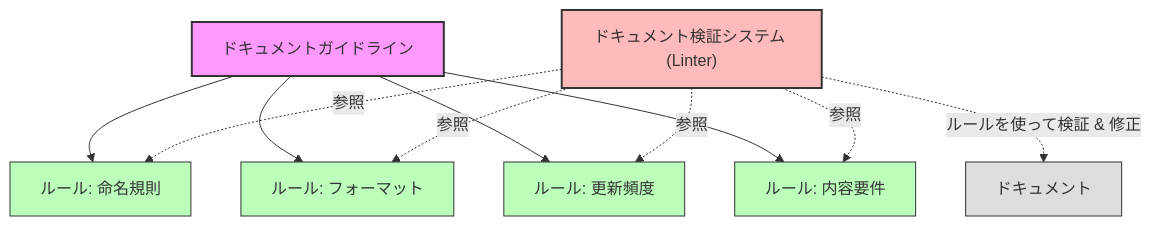
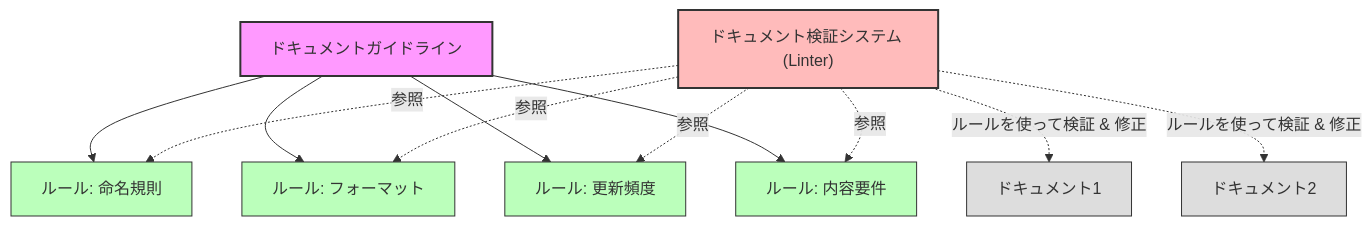
One commit to ToyB0x/ai-coding-rules changed the first of 2 diagrams in Guideline.md. Above: the diagram before and after it, drawn with Mermaid. The commit also changed 1 other file, not shown here.

Commit message:
docs: update diagram labels for consistency in document references

````diff
--- a/Guideline.md
+++ b/Guideline.md
@@ -7,22 +7,24 @@
 ```mermaid
 graph TD
   A["ドキュメントガイドライン"] --> C1["ルール: 命名規則"]
   A --> C2["ルール: フォーマット"]
   A --> C3["ルール: 更新頻度"]
   A --> C4["ルール: 内容要件"]
   
   D["ドキュメント検証システム (Linter)"] -.-> |"参照"| C1
   D -.-> |"参照"| C2
   D -.-> |"参照"| C3
   D -.-> |"参照"| C4
   
-  D -.-> |"ルールを使って検証 & 修正"| E1["ドキュメント"]
+  D -.-> |"ルールを使って検証 & 修正"| E1["ドキュメント1"]
+  D -.-> |"ルールを使って検証 & 修正"| E2["ドキュメント2"]
   
   style A fill:#f9f,stroke:#333,stroke-width:2px
   style C1 fill:#bfb,stroke:#333,stroke-width:1px
   style C2 fill:#bfb,stroke:#333,stroke-width:1px
   style C3 fill:#bfb,stroke:#333,stroke-width:1px
   style C4 fill:#bfb,stroke:#333,stroke-width:1px
   style D fill:#fbb,stroke:#333,stroke-width:2px
   style E1 fill:#ddd,stroke:#333,stroke-width:1px
+  style E2 fill:#ddd,stroke:#333,stroke-width:1px
 ```
````
